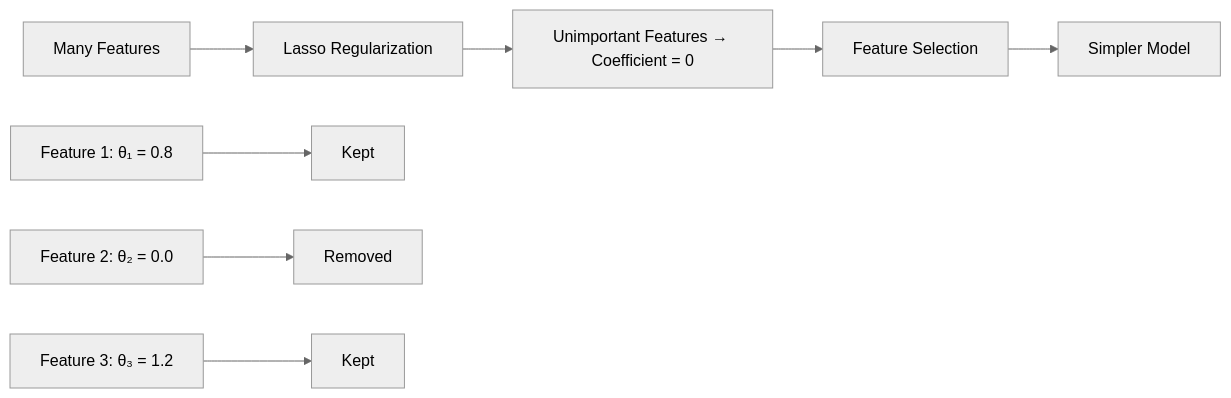
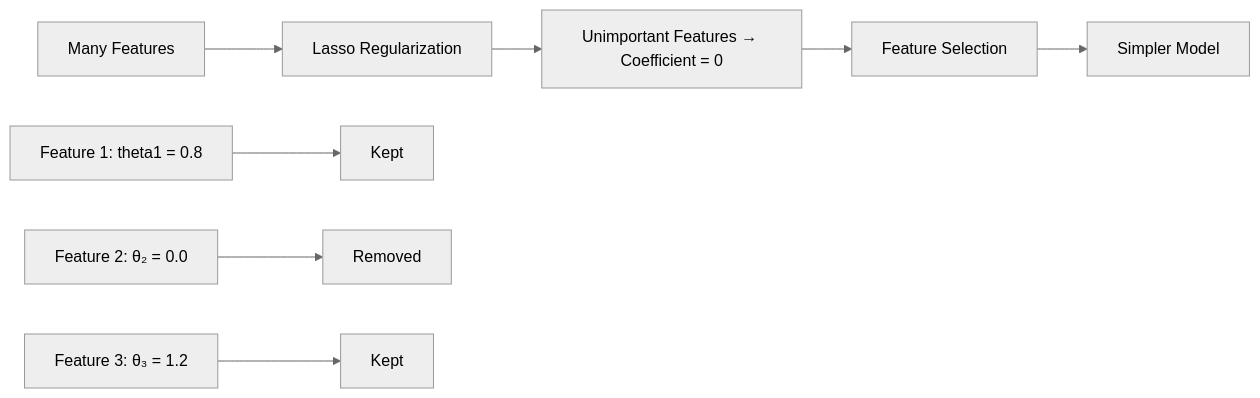
The third of 4 diagrams in ML Revision/04-Ridge-and-Lasso-Regression.md (nishant-iith/Learning-AI-ML), drawn with Mermaid (neutral theme) before and after one commit. The commit also changed other lines of this file and 23 other files, not shown here.

First line of the commit message:
Fix Mermaid diagrams with proper node text quoting

````diff
--- a/ML Revision/04-Ridge-and-Lasso-Regression.md
+++ b/ML Revision/04-Ridge-and-Lasso-Regression.md
@@ -83,11 +83,11 @@
 ```mermaid
-graph LR
-    A[Many Features] --> B[Lasso Regularization]
-    B --> C[Unimportant Features → Coefficient = 0]
-    C --> D[Feature Selection]
-    D --> E[Simpler Model]
+flowchart LR
+    A["Many Features"] --> B["Lasso Regularization"]
+    B --> C["Unimportant Features → Coefficient = 0"]
+    C --> D["Feature Selection"]
+    D --> E["Simpler Model"]
 
-    F[Feature 1: θ₁ = 0.8] --> G[Kept]
-    H[Feature 2: θ₂ = 0.0] --> I[Removed]
-    J[Feature 3: θ₃ = 1.2] --> K[Kept]
+    F["Feature 1: theta1 = 0.8"] --> G["Kept"]
+    H["Feature 2: θ₂ = 0.0"] --> I["Removed"]
+    J["Feature 3: θ₃ = 1.2"] --> K["Kept"]
 ```
````
